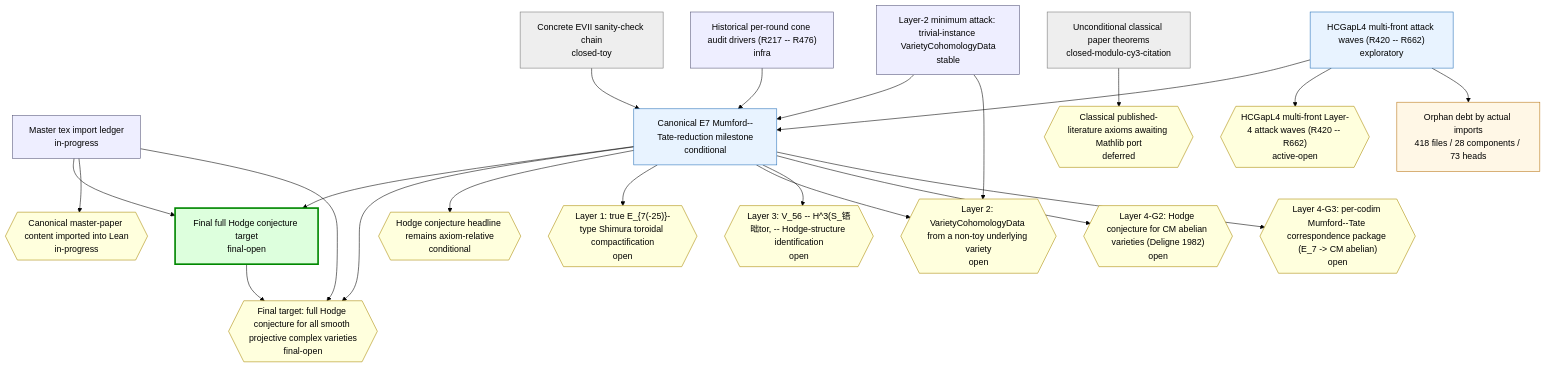
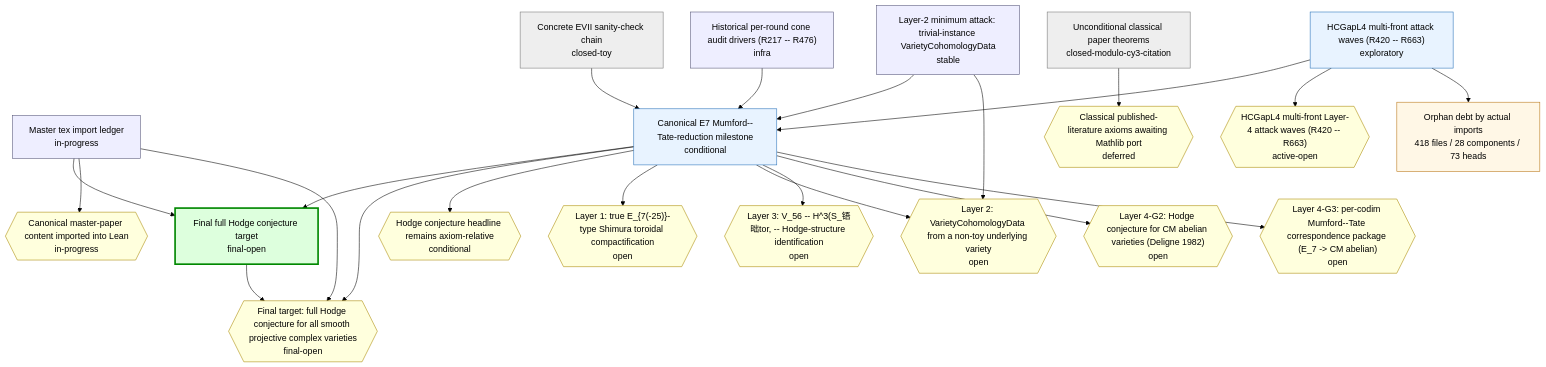
One commit to crabsatellite/hodge-conjecture-lean4-formalization changed the first of 2 diagrams in chain-status/research-map.md. Above: the diagram before and after it, drawn with Mermaid (forest theme). The commit also changed other lines of this file and 8 other files, not shown here.

````diff
--- a/chain-status/research-map.md
+++ b/chain-status/research-map.md
@@ -46,54 +46,54 @@
 ```mermaid
 graph TD
   classDef main fill:#dfd,stroke:#080,stroke-width:3px
   classDef active fill:#e8f3ff,stroke:#2670b8
   classDef support fill:#eef,stroke:#557
   classDef closed fill:#eee,stroke:#777
   classDef dead fill:#fdd,stroke:#a00,stroke-width:2px
   classDef gapOpen fill:#ffd,stroke:#a80
   classDef gapClosed fill:#eee,stroke:#777
   classDef gapDead fill:#fdd,stroke:#a00
   classDef debt fill:#fff7e6,stroke:#b87514
   classDef debtTaxonomy fill:#e8f3ff,stroke:#2670b8,stroke-dasharray:3 3
   classDef debtRule fill:#eefbea,stroke:#398439,stroke-dasharray:3 3
   classDef debtDead fill:#fdd,stroke:#a00,stroke-dasharray:3 3
   chain_full_hc_final_target["Final full Hodge conjecture target\nfinal-open"]:::main
   chain_master_paper_import_ledger["Master tex import ledger\nin-progress"]:::support
   chain_main_hc_axiom_relative["Canonical E7 Mumford--Tate-reduction milestone\nconditional"]:::active
   chain_unconditional_classical["Unconditional classical paper theorems\nclosed-modulo-cy3-citation"]:::closed
   chain_hcgap_l2_trivial_instances["Layer-2 minimum attack: trivial-instance VarietyCohomologyData\nstable"]:::support
-  chain_hcgap_l4_multifront_active["HCGapL4 multi-front attack waves (R420 -- R662)\nexploratory"]:::active
+  chain_hcgap_l4_multifront_active["HCGapL4 multi-front attack waves (R420 -- R663)\nexploratory"]:::active
   chain_concrete_evii_toy["Concrete EVII sanity-check chain\nclosed-toy"]:::closed
   chain_historical_cone_audits["Historical per-round cone audit drivers (R217 -- R476)\ninfra"]:::support
   gap_G_full_hc{{"Final target: full Hodge conjecture for all smooth projective complex varieties\nfinal-open"}}:::gapOpen
   gap_G_master_paper_import{{"Canonical master-paper content imported into Lean\nin-progress"}}:::gapOpen
   gap_G_main_hc{{"Hodge conjecture headline remains axiom-relative\nconditional"}}:::gapOpen
   gap_G_l1_e7_shimura_tor{{"Layer 1: true E_{7(-25)}-type Shimura toroidal compactification\nopen"}}:::gapOpen
   gap_G_l2_cohomology_construction{{"Layer 2: VarietyCohomologyData from a non-toy underlying variety\nopen"}}:::gapOpen
   gap_G_l3_v56_mt_identification{{"Layer 3: V_56 -- H^3(S_铻昢tor, -- Hodge-structure identification\nopen"}}:::gapOpen
   gap_G_l4_cm_abelian_hc{{"Layer 4-G2: Hodge conjecture for CM abelian varieties (Deligne 1982)\nopen"}}:::gapOpen
   gap_G_l4_mt_correspondence{{"Layer 4-G3: per-codim Mumford--Tate correspondence package (E_7 -> CM abelian)\nopen"}}:::gapOpen
   gap_G_classical_mathlib_port{{"Classical published-literature axioms awaiting Mathlib port\ndeferred"}}:::gapOpen
-  gap_G_hcgap_l4_multifront{{"HCGapL4 multi-front Layer-4 attack waves (R420 -- R662)\nactive-open"}}:::gapOpen
+  gap_G_hcgap_l4_multifront{{"HCGapL4 multi-front Layer-4 attack waves (R420 -- R663)\nactive-open"}}:::gapOpen
   chain_full_hc_final_target --> gap_G_full_hc
   chain_master_paper_import_ledger --> chain_full_hc_final_target
   chain_master_paper_import_ledger --> gap_G_master_paper_import
   chain_master_paper_import_ledger --> gap_G_full_hc
   chain_main_hc_axiom_relative --> chain_full_hc_final_target
   chain_main_hc_axiom_relative --> gap_G_full_hc
   chain_main_hc_axiom_relative --> gap_G_main_hc
   chain_main_hc_axiom_relative --> gap_G_l1_e7_shimura_tor
   chain_main_hc_axiom_relative --> gap_G_l2_cohomology_construction
   chain_main_hc_axiom_relative --> gap_G_l3_v56_mt_identification
   chain_main_hc_axiom_relative --> gap_G_l4_cm_abelian_hc
   chain_main_hc_axiom_relative --> gap_G_l4_mt_correspondence
   chain_unconditional_classical --> gap_G_classical_mathlib_port
   chain_hcgap_l2_trivial_instances --> chain_main_hc_axiom_relative
   chain_hcgap_l2_trivial_instances --> gap_G_l2_cohomology_construction
   chain_hcgap_l4_multifront_active --> chain_main_hc_axiom_relative
   chain_hcgap_l4_multifront_active --> gap_G_hcgap_l4_multifront
   chain_concrete_evii_toy --> chain_main_hc_axiom_relative
   chain_historical_cone_audits --> chain_main_hc_axiom_relative
   debt_all["Orphan debt by actual imports\n418 files / 28 components / 73 heads"]:::debt
   chain_hcgap_l4_multifront_active --> debt_all
 ```
````
